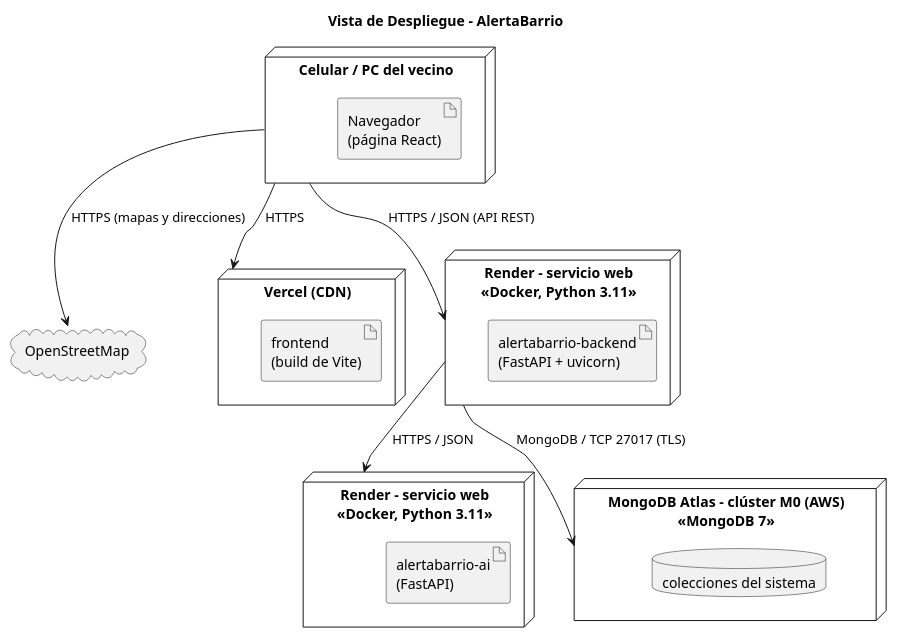
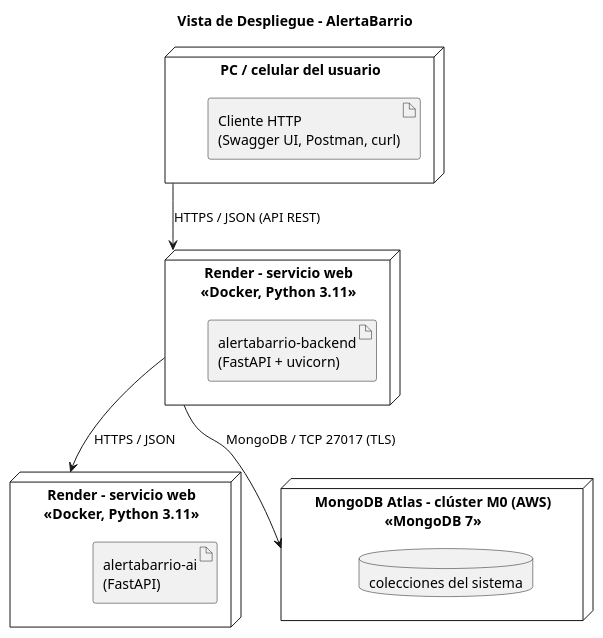
One commit to neber18/AlertaBarrio-Diseno-de-Software changed the diagram in docs/diagramas/5_vista_despliegue.puml. Above: the diagram before and after it, drawn with PlantUML. The commit also changed 30 other files, not shown here.

Commit message:
docs: README, wiki, historias y diagramas sin frontend

```diff
--- a/docs/diagramas/5_vista_despliegue.puml
+++ b/docs/diagramas/5_vista_despliegue.puml
@@ -1,26 +1,20 @@
 @startuml Vista_Despliegue_AlertaBarrio
 title Vista de Despliegue - AlertaBarrio
 
-node "Celular / PC del vecino" as N1 {
-  artifact "Navegador\n(página React)" as A1
-}
-node "Vercel (CDN)" as N2 {
-  artifact "frontend\n(build de Vite)" as A2
+node "PC / celular del usuario" as N1 {
+  artifact "Cliente HTTP\n(Swagger UI, Postman, curl)" as A1
 }
 node "Render - servicio web\n<<Docker, Python 3.11>>" as N3 {
   artifact "alertabarrio-backend\n(FastAPI + uvicorn)" as A3
 }
 node "Render - servicio web\n<<Docker, Python 3.11>>" as N4 {
   artifact "alertabarrio-ai\n(FastAPI)" as A4
 }
 node "MongoDB Atlas - clúster M0 (AWS)\n<<MongoDB 7>>" as N5 {
   database "colecciones del sistema" as A5
 }
-cloud "OpenStreetMap" as N6
 
-N1 --> N2 : HTTPS
 N1 --> N3 : HTTPS / JSON (API REST)
-N1 --> N6 : HTTPS (mapas y direcciones)
 N3 --> N4 : HTTPS / JSON
 N3 --> N5 : MongoDB / TCP 27017 (TLS)
 @enduml
```
